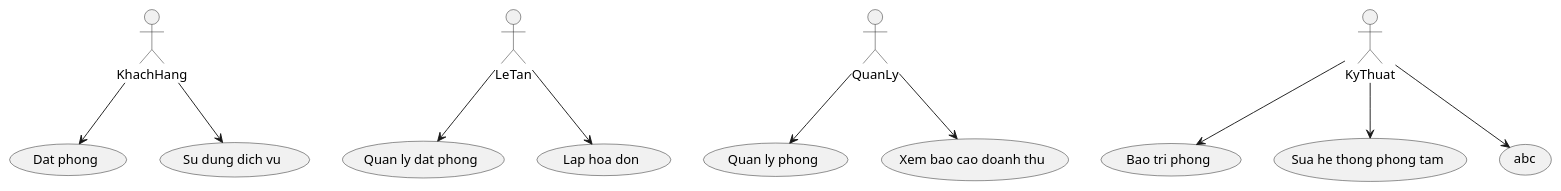
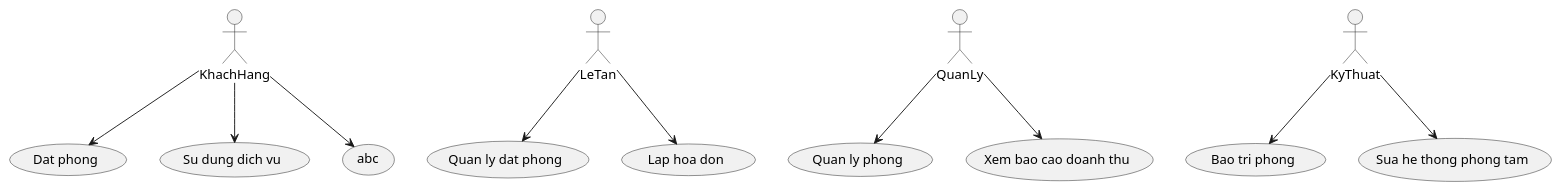
The diagram in uml/usecase.puml (thuyle382382-cmyk/HOTEL), drawn with PlantUML before and after one commit.

```diff
--- a/uml/usecase.puml
+++ b/uml/usecase.puml
@@ -1,19 +1,20 @@
 @startuml
 actor KhachHang
 actor LeTan
 actor QuanLy
 actor KyThuat
 
 KhachHang --> (Dat phong)
 KhachHang --> (Su dung dich vu)
+KhachHang --> (abc)
 
 LeTan --> (Quan ly dat phong)
 LeTan --> (Lap hoa don)
 
 QuanLy --> (Quan ly phong)
 QuanLy --> (Xem bao cao doanh thu)
 
 KyThuat --> (Bao tri phong)
 KyThuat --> (Sua he thong phong tam)
-KyThuat --> (abc)
+
 @enduml
```
